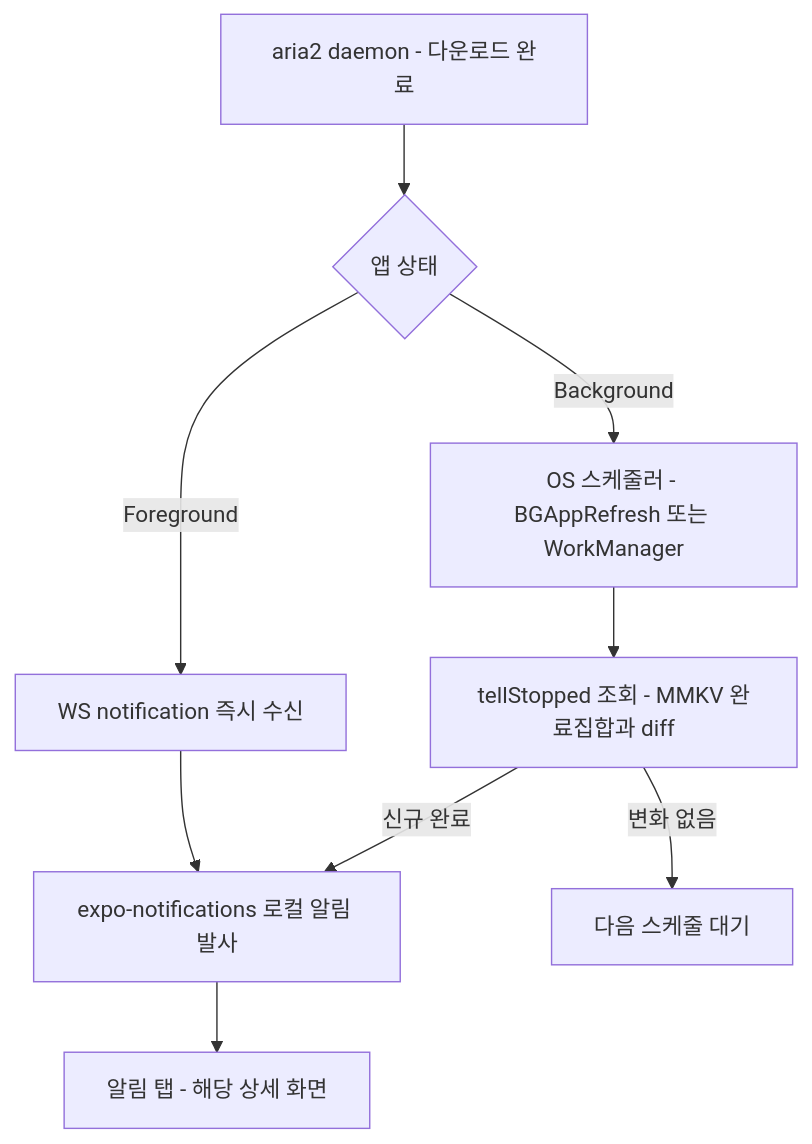
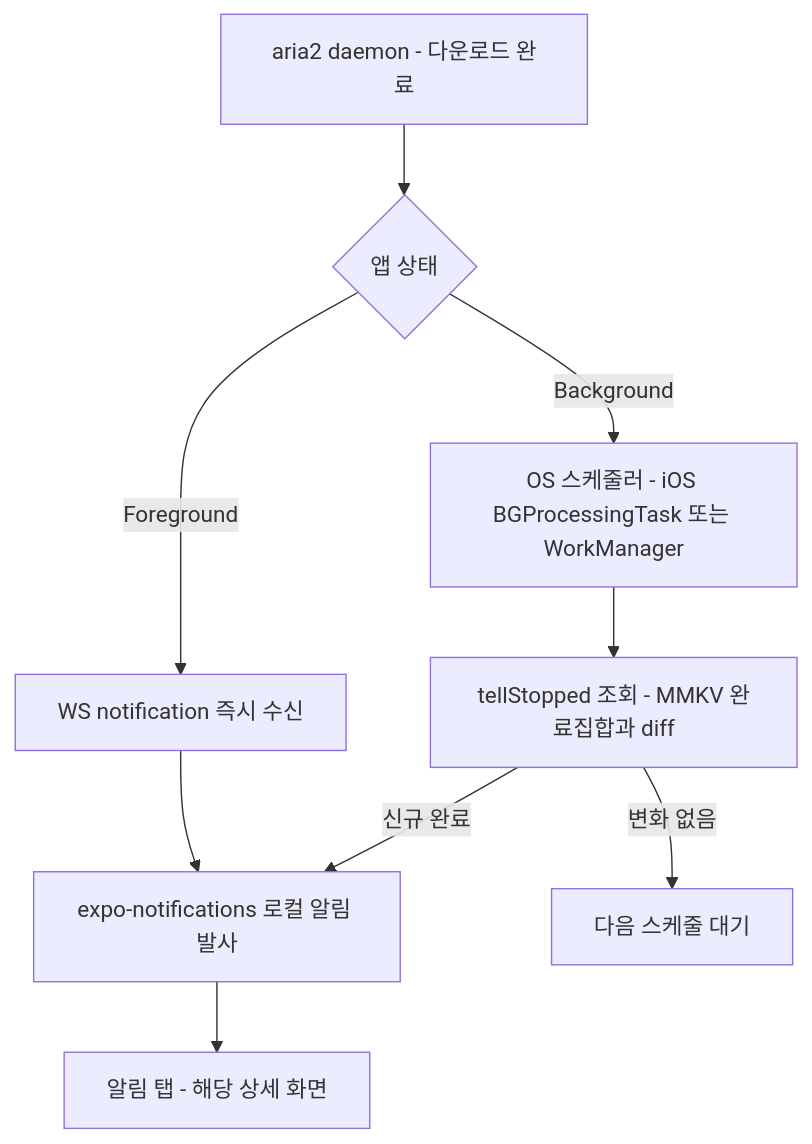
Before and after one commit to deuxksy/AriaDM: the diagram in docs/superpowers/specs/2026-08-22-ariadm-design.md, drawn with Mermaid. The commit also changed other lines of this file and 5 other files, not shown here.

First line of the commit message:
fix: 최종 whole-branch 검토 반영 — background task plugin 등록·hydrate 가드·문서 정정

````diff
--- a/docs/superpowers/specs/2026-08-22-ariadm-design.md
+++ b/docs/superpowers/specs/2026-08-22-ariadm-design.md
@@ -121,11 +121,11 @@
 ```mermaid
 graph TD
     A[aria2 daemon - 다운로드 완료] --> B{앱 상태}
     B -->|Foreground| C[WS notification 즉시 수신]
-    B -->|Background| D[OS 스케줄러 - BGAppRefresh 또는 WorkManager]
+    B -->|Background| D[OS 스케줄러 - iOS BGProcessingTask 또는 WorkManager]
     C --> E[expo-notifications 로컬 알림 발사]
     D --> F[tellStopped 조회 - MMKV 완료집합과 diff]
     F -->|신규 완료| E
     F -->|변화 없음| G[다음 스케줄 대기]
     E --> H[알림 탭 - 해당 상세 화면]
 ```
````
